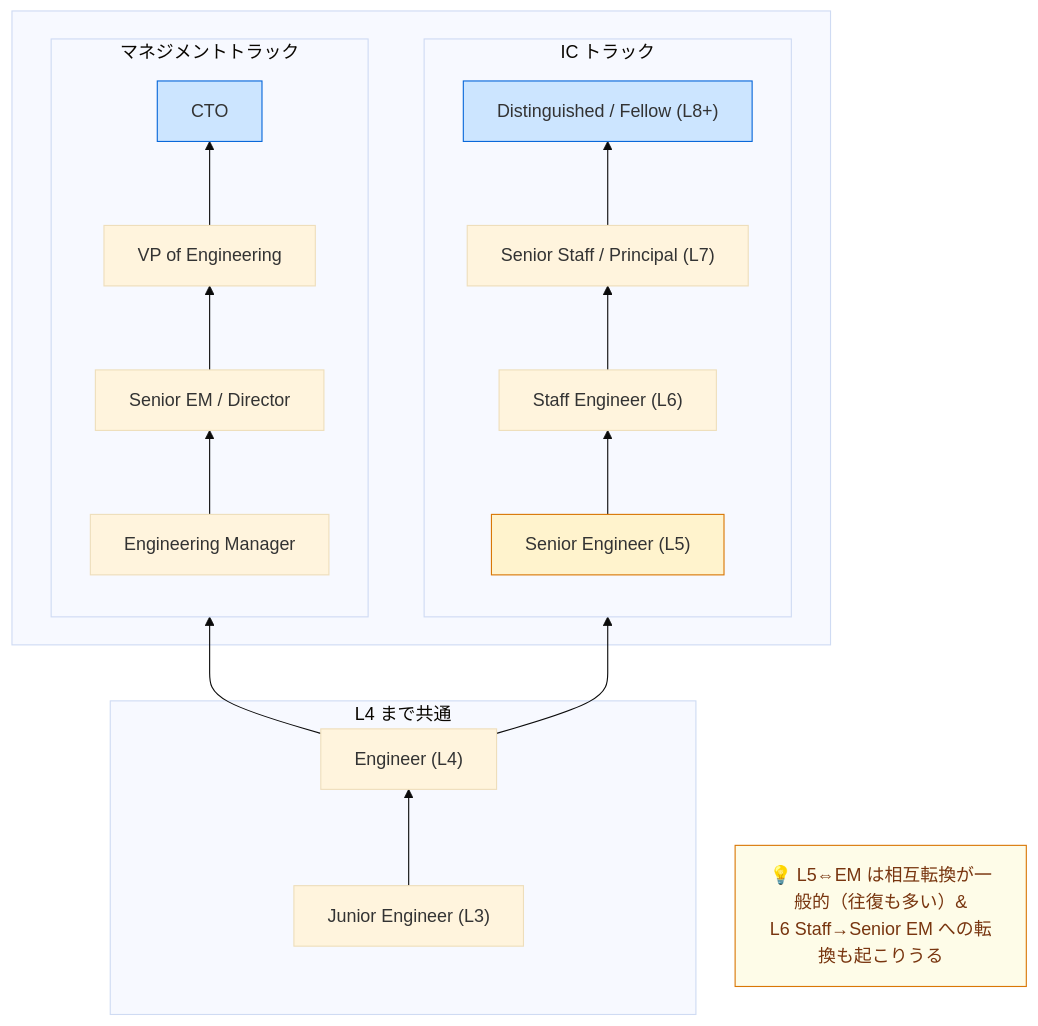
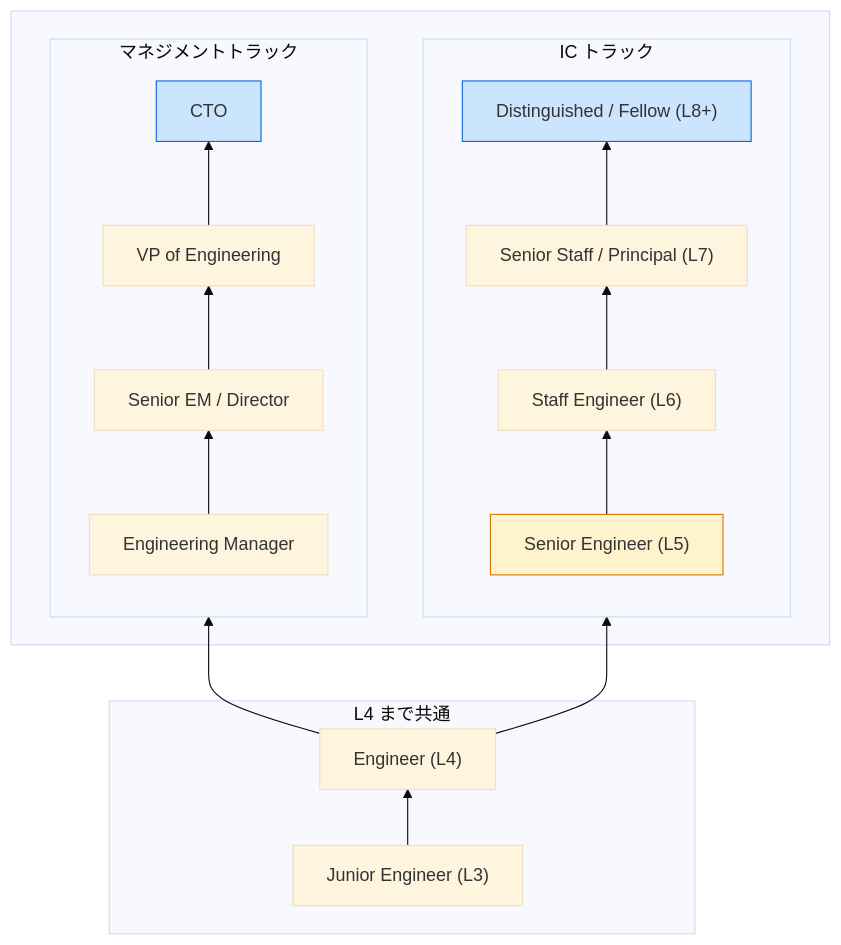
One commit to agaemo/my-knowledge changed the diagram in docs/org/engineering-roles.md. Above: the diagram before and after it, drawn with Mermaid (base theme). The commit also changed other lines of this file and 1 other file, not shown here.

Commit message:
オニオンアーキテクチャ・エンジニアリングロールの図を改善
- オニオンアーキテクチャ: ASCIIをMermaidネストsubgraphに置き換え
  - Infrastructure をダイアグラム外のテキストに移動してレイアウトをシンプル化
  - ドメイン層の説明を元のASCIIに合わせて日本語表記に修正
- エンジニアリングロール: 補足テキストノードをダイアグラム外のMarkdownに移動
  - ノード内テキストの切れる問題を解消

````diff
--- a/docs/org/engineering-roles.md
+++ b/docs/org/engineering-roles.md
@@ -9,32 +9,29 @@
 ```mermaid
 flowchart BT
     subgraph common["L4 まで共通"]
         L3["Junior Engineer (L3)"] --> L4["Engineer (L4)"]
     end
 
     subgraph tracks[" "]
         subgraph ic["IC トラック"]
             direction BT
             L5["Senior Engineer (L5)"] --> Staff["Staff Engineer (L6)"]
             Staff --> Principal["Senior Staff / Principal (L7)"]
             Principal --> Distinguished["Distinguished / Fellow (L8+)"]
         end
 
         subgraph em["マネジメントトラック"]
             direction BT
             EM["Engineering Manager"] --> SEM["Senior EM / Director"]
             SEM --> VP["VP of Engineering"]
             VP --> CTO["CTO"]
         end
     end
 
     L4 --> L5
     L4 --> EM
 
-    note["💡 L5⇔EM は相互転換が一般的（往復も多い）&#13;L6 Staff→Senior EM への転換も起こりうる"]
-
     style L5 fill:#fff3cd,stroke:#d97706
     style Distinguished fill:#cce5ff,stroke:#0968da
     style CTO fill:#cce5ff,stroke:#0968da
-    style note fill:#fefce8,stroke:#d97706,color:#78350f
 ```
````
